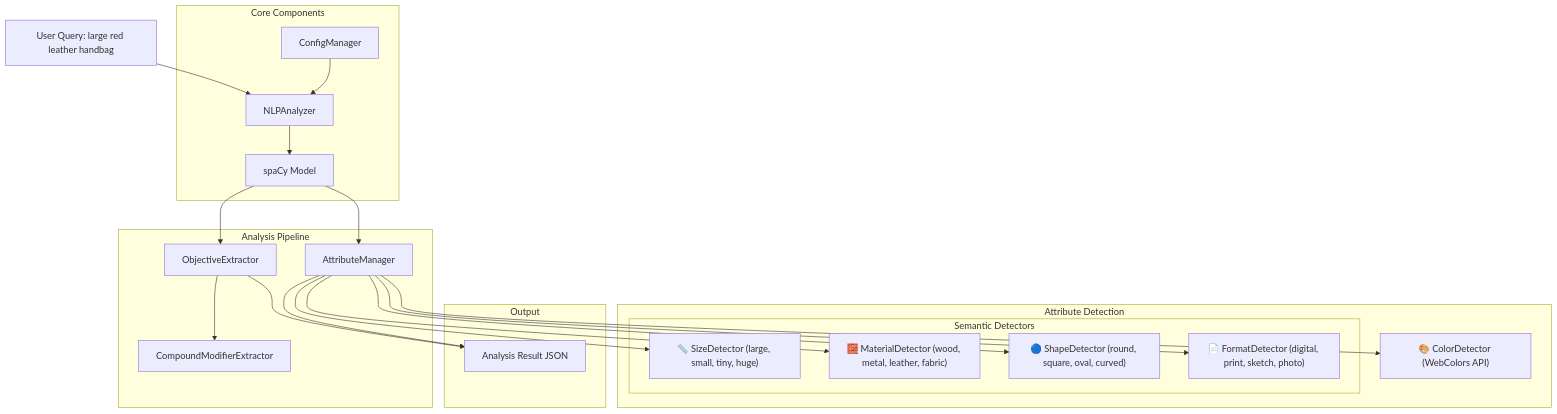
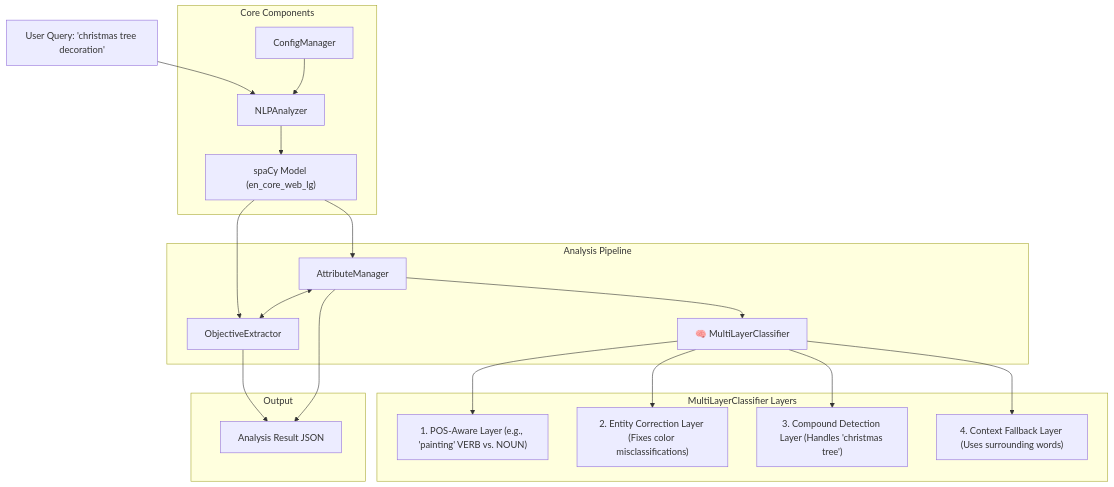
One commit to warlock7/spacy_dev changed the first of 4 diagrams in spacy_nlp_analyzer_explained.md. Above: the diagram before and after it, drawn with Mermaid. The commit also changed other lines of this file and 1 other file, not shown here.

````diff
--- a/spacy_nlp_analyzer_explained.md
+++ b/spacy_nlp_analyzer_explained.md
@@ -21,45 +23,45 @@
 ```mermaid
-graph TB
-    Input["User Query: large red leather handbag"]
+graph TD
+    Input["User Query: 'christmas tree decoration'"]
 
     subgraph Core ["Core Components"]
         CM["ConfigManager"]
         NLP["NLPAnalyzer"]
-        SM["spaCy Model"]
+        SM["spaCy Model (en_core_web_lg)"]
     end
 
     subgraph Pipeline ["Analysis Pipeline"]
         OE["ObjectiveExtractor"]
         AM["AttributeManager"]
-        CME["CompoundModifierExtractor"]
+        MLC["🧠 MultiLayerClassifier"]
     end
 
-        subgraph Detection ["Attribute Detection"]
-        CD["🎨 ColorDetector (WebColors API)"]
-
-        subgraph Semantic ["Semantic Detectors"]
-            SizeD["📏 SizeDetector (large, small, tiny, huge)"]
-            MaterialD["🧱 MaterialDetector (wood, metal, leather, fabric)"]
-            ShapeD["🔵 ShapeDetector (round, square, oval, curved)"]
-            FormatD["📄 FormatDetector (digital, print, sketch, photo)"]
-        end
+    subgraph Layers ["MultiLayerClassifier Layers"]
+        POSL["1. POS-Aware Layer (e.g., 'painting' VERB vs. NOUN)"]
+        ECL["2. Entity Correction Layer (Fixes color misclassifications)"]
+        CDL["3. Compound Detection Layer (Handles 'christmas tree')"]
+        CFL["4. Context Fallback Layer (Uses surrounding words)"]
     end
 
     subgraph Output ["Output"]
         Result["Analysis Result JSON"]
     end
 
     Input --> NLP
     CM --> NLP
     NLP --> SM
+
     SM --> OE
     SM --> AM
-    AM --> CD
-    AM --> SizeD
-    AM --> MaterialD
-    AM --> ShapeD
-    AM --> FormatD
-    OE --> CME
+
+    AM <--> OE
+
+    AM --> MLC
+    MLC --> POSL
+    MLC --> ECL
+    MLC --> CDL
+    MLC --> CFL
+
     OE --> Result
     AM --> Result
 ```
````
